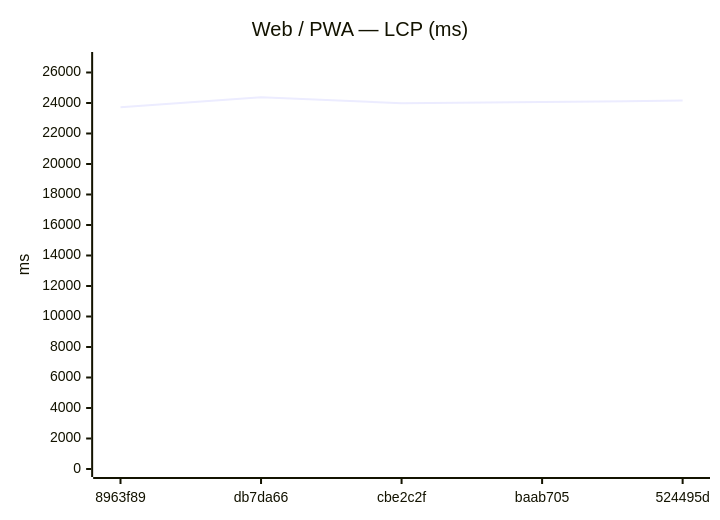
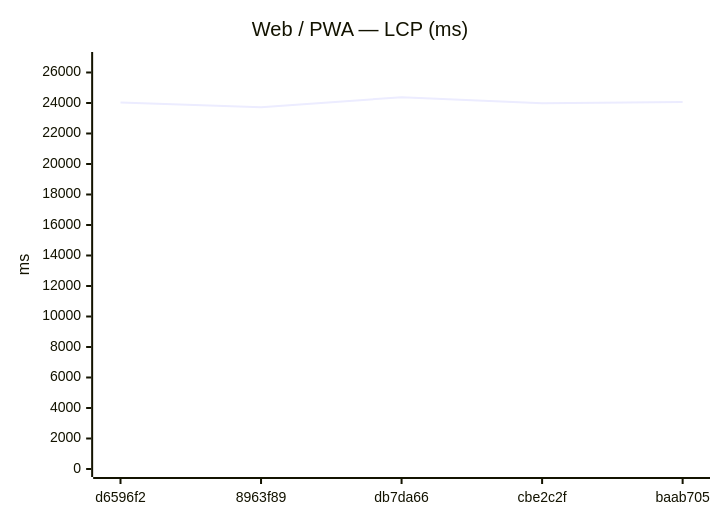
Before and after one commit to Metaheurist/Rianell: the fifth of 12 diagrams in benchmarks/compare.md, drawn with Mermaid. The commit also changed other lines of this file and 8 other files, not shown here.

````diff
--- a/benchmarks/compare.md
+++ b/benchmarks/compare.md
@@ -82,7 +82,7 @@
 ```mermaid
 xychart-beta
     title "Web / PWA — LCP (ms)"
-    x-axis ["8963f89", "db7da66", "cbe2c2f", "baab705", "524495d"]
+    x-axis ["d6596f2", "8963f89", "db7da66", "cbe2c2f", "baab705"]
     y-axis "ms" 0 --> 26819
-    line [23715, 24380, 23980, 24058, 24158]
+    line [24030, 23715, 24380, 23980, 24058]
 ```
````
